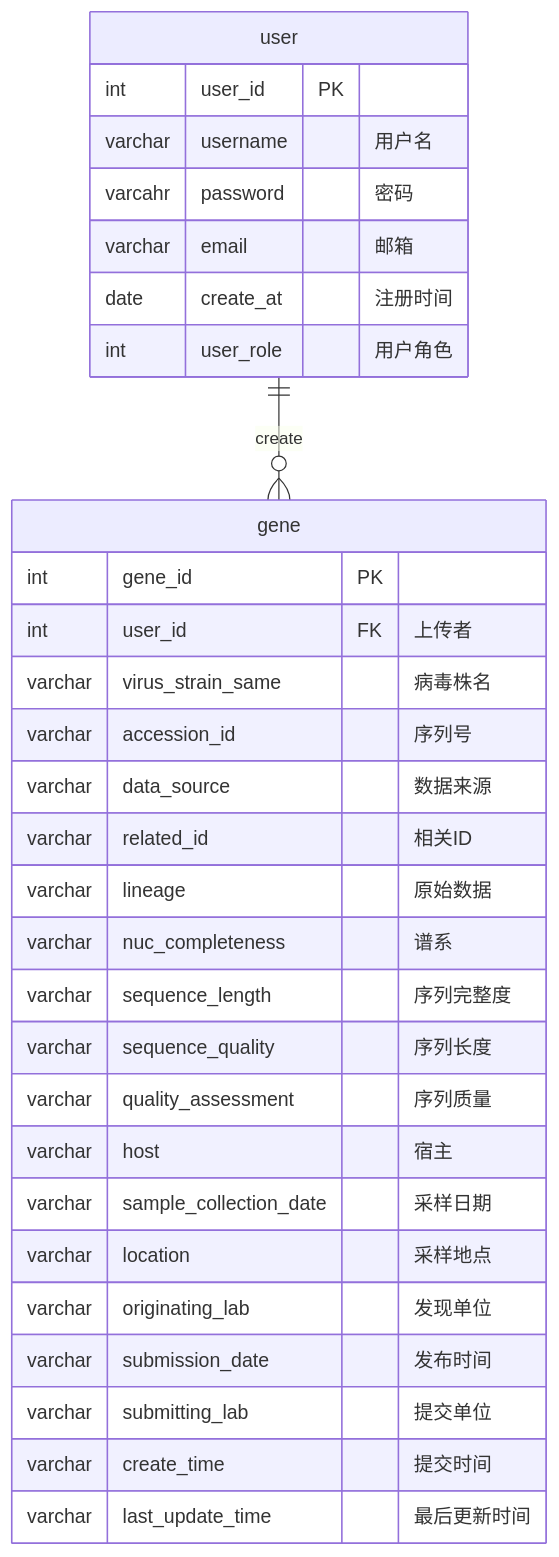
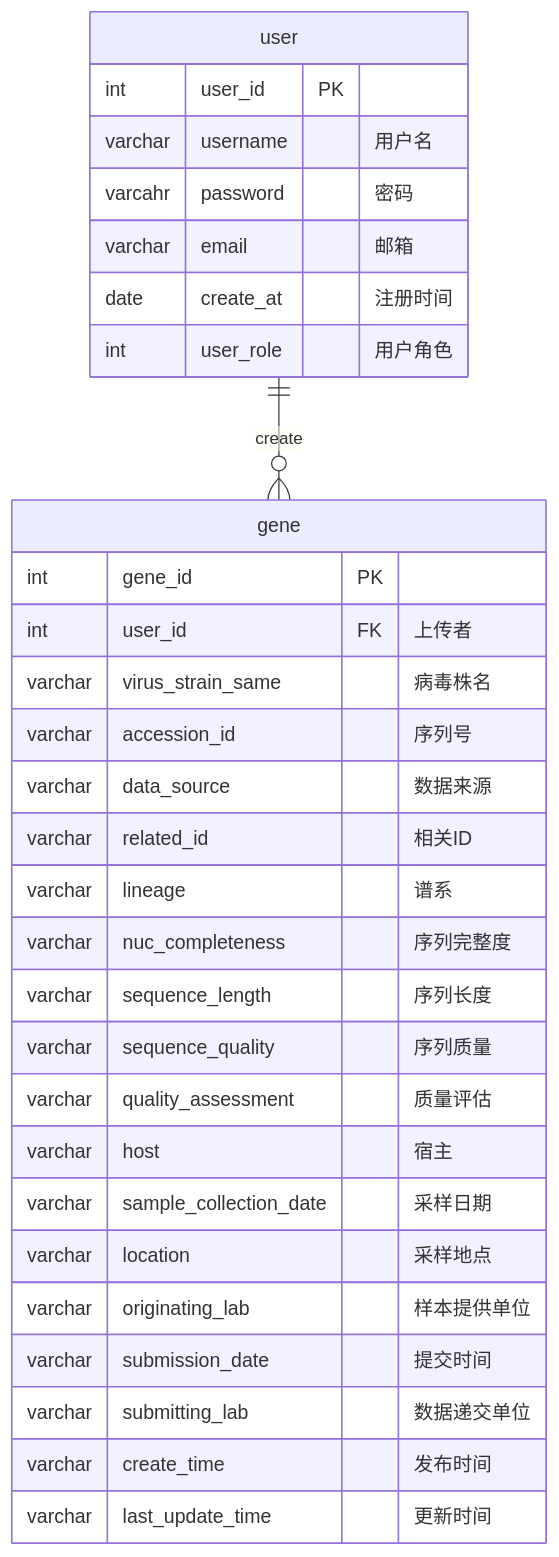
The diagram in docs/general/3.1.3.md (zhang-bin-98/hanclass_bioinfor_server), drawn with Mermaid before and after one commit.

Commit message:
更正数据字段

````diff
--- a/docs/general/3.1.3.md
+++ b/docs/general/3.1.3.md
@@ -14,38 +14,38 @@
 ```mermaid
 erDiagram 
 
 user {
     int user_id PK
     varchar username "用户名"
     varcahr password "密码"
     varchar email "邮箱"
     date create_at "注册时间"
     int user_role "用户角色"
 }
 
 gene {
     int gene_id PK 
     int user_id FK "上传者"
     varchar virus_strain_same "病毒株名"
     varchar accession_id "序列号"
     varchar data_source "数据来源"
     varchar related_id "相关ID"
-    varchar lineage "原始数据"
-    varchar nuc_completeness "谱系"
-    varchar sequence_length "序列完整度"
-    varchar sequence_quality "序列长度"
-    varchar quality_assessment "序列质量"
+    varchar lineage "谱系"
+    varchar nuc_completeness "序列完整度"
+    varchar sequence_length "序列长度"
+    varchar sequence_quality "序列质量"
+    varchar quality_assessment "质量评估"
     varchar host "宿主"
     varchar sample_collection_date "采样日期"
     varchar location "采样地点"
-    varchar originating_lab "发现单位"
-    varchar submission_date "发布时间"
-    varchar submitting_lab "提交单位"
-    varchar create_time "提交时间"
-    varchar last_update_time "最后更新时间"
+    varchar originating_lab "样本提供单位"
+    varchar submission_date "提交时间"
+    varchar submitting_lab "数据递交单位"
+    varchar create_time "发布时间"
+    varchar last_update_time "更新时间"
 }
 
 
 user ||--o{ gene : "create"
 
 ```
````
